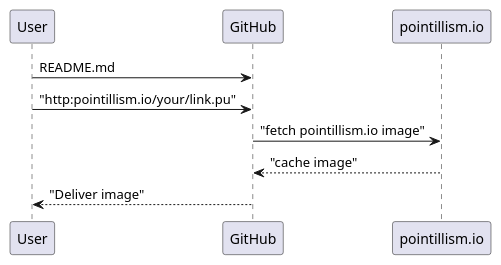
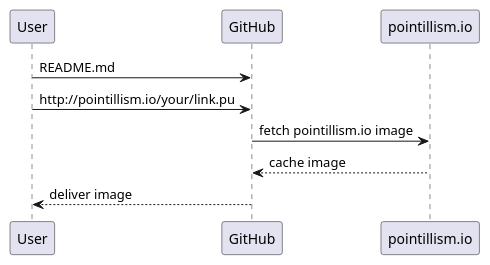
One commit to trevorgrayson/pointillism changed the diagram in resources/plant/pointillism.pu. Above: the diagram before and after it, drawn with PlantUML. The commit also changed 1 other file, not shown here.

Commit message:
README PlantUML

```diff
--- a/resources/plant/pointillism.pu
+++ b/resources/plant/pointillism.pu
@@ -1,7 +1,7 @@
 @startuml
 User -> GitHub: README.md
-User -> GitHub: "http:pointillism.io/your/link.pu"
-GitHub -> pointillism.io: "fetch pointillism.io image"
-GitHub <-- pointillism.io: "cache image"
-User <-- GitHub: "Deliver image"
+User -> GitHub: http://pointillism.io/your/link.pu
+GitHub -> pointillism.io: fetch pointillism.io image
+GitHub <-- pointillism.io: cache image
+User <-- GitHub: deliver image
 @enduml
```
